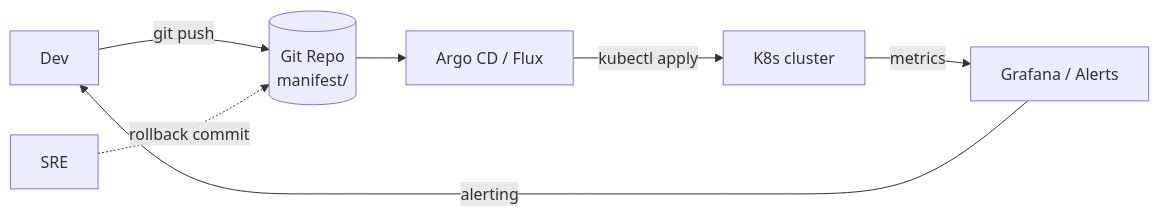
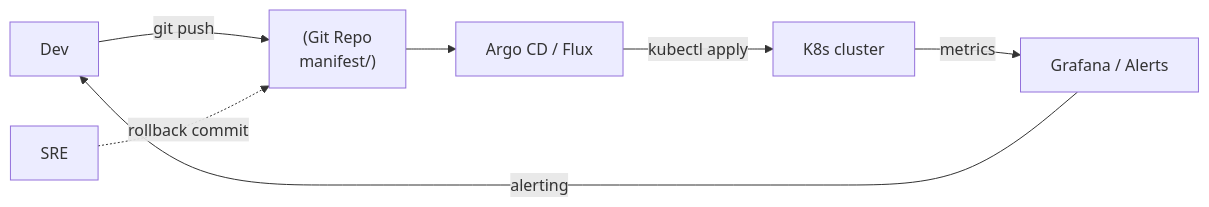
The diagram in 15-advanced-patterns/gitops.md (WhoisMonesh/K8S-Everything), drawn with Mermaid before and after one commit. The commit also changed 62 other files, not shown here.

First line of the commit message:
Fix all Mermaid diagrams for GitHub compatibility

````diff
--- a/15-advanced-patterns/gitops.md
+++ b/15-advanced-patterns/gitops.md
@@ -15,9 +15,9 @@
 ```mermaid
 flowchart LR
-    Dev -->|"git push"| Repo[(Git Repo<br/>manifest/)]
+    Dev -->|"git push"| Repo["(Git Repo<br/>manifest/)"]
     Repo --> Controller[Argo CD / Flux]
     Controller -->|"kubectl apply"| Cluster[K8s cluster]
     Cluster -->|metrics| Dashboard[Grafana / Alerts]
     Dashboard -->|"alerting"| Dev
     SRE -.->|"rollback commit"| Repo
 ```
````
